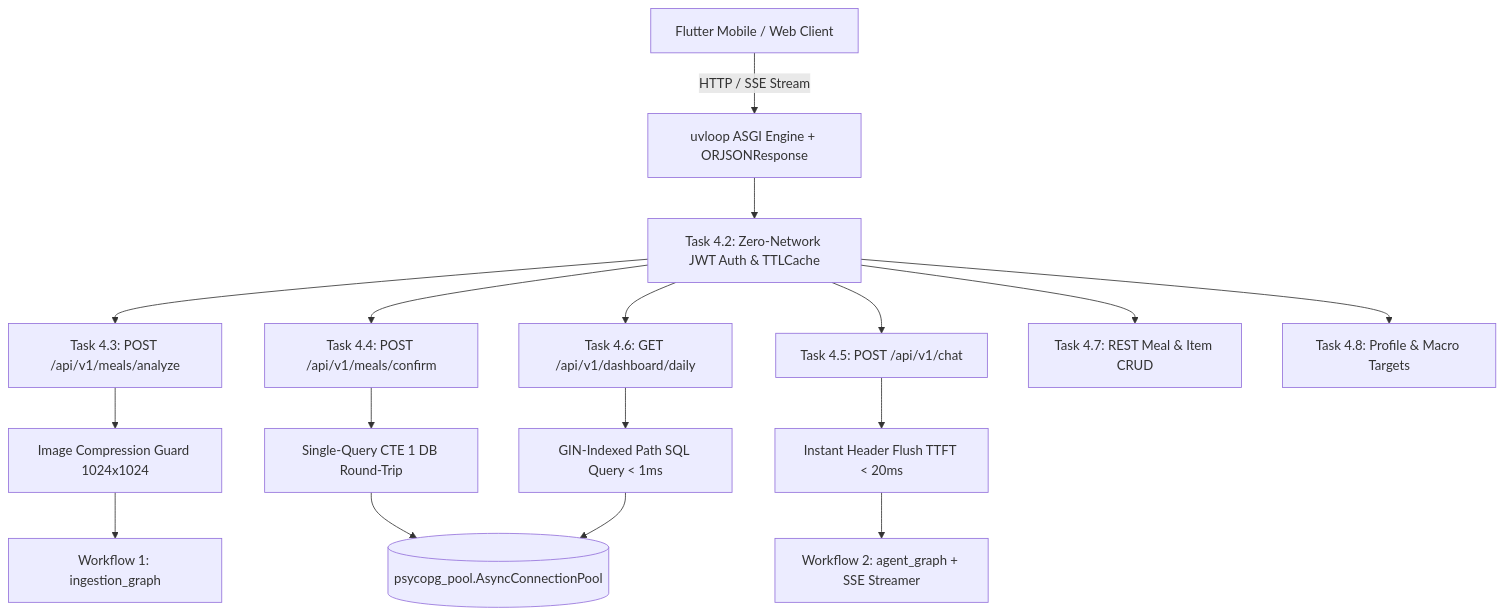
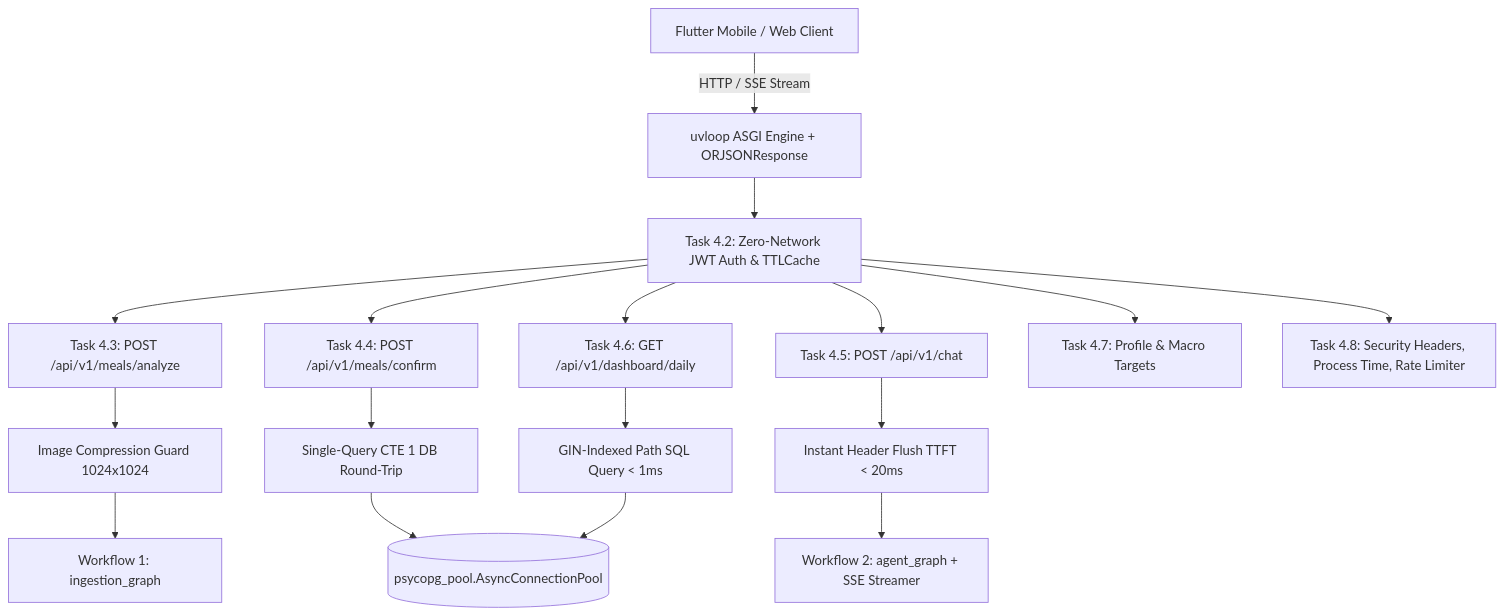
One commit to Ayyan119/Bite-backend changed the diagram in Plans/4_FASTAPI_APPLICATION_LAYER_PLAN.md. Above: the diagram before and after it, drawn with Mermaid. The commit also changed other lines of this file and 2 other files, not shown here.

````diff
--- a/Plans/4_FASTAPI_APPLICATION_LAYER_PLAN.md
+++ b/Plans/4_FASTAPI_APPLICATION_LAYER_PLAN.md
@@ -12,24 +12,24 @@
 ```mermaid
 graph TD
     Client[Flutter Mobile / Web Client] -->|HTTP / SSE Stream| Server[uvloop ASGI Engine + ORJSONResponse]
     Server --> Auth[Task 4.2: Zero-Network JWT Auth & TTLCache]
     
     Auth --> AnalyzeEndpoint[Task 4.3: POST /api/v1/meals/analyze]
     AnalyzeEndpoint --> Compression[Image Compression Guard 1024x1024]
     Compression --> WF1[Workflow 1: ingestion_graph]
     
     Auth --> ConfirmEndpoint[Task 4.4: POST /api/v1/meals/confirm]
     ConfirmEndpoint --> SingleCTE[Single-Query CTE 1 DB Round-Trip]
     SingleCTE --> DBPool[(psycopg_pool.AsyncConnectionPool)]
     
     Auth --> ChatEndpoint[Task 4.5: POST /api/v1/chat]
     ChatEndpoint --> InstantHeader[Instant Header Flush TTFT < 20ms]
     InstantHeader --> WF2[Workflow 2: agent_graph + SSE Streamer]
     
     Auth --> DashboardEndpoint[Task 4.6: GET /api/v1/dashboard/daily]
     DashboardEndpoint --> GINQuery[GIN-Indexed Path SQL Query < 1ms]
     GINQuery --> DBPool
     
-    Auth --> CRUDEndpoints[Task 4.7: REST Meal & Item CRUD]
-    Auth --> ProfileEndpoints[Task 4.8: Profile & Macro Targets]
+    Auth --> ProfileEndpoints[Task 4.7: Profile & Macro Targets]
+    Auth --> MiddlewareStack[Task 4.8: Security Headers, Process Time, Rate Limiter]
 ```
````
